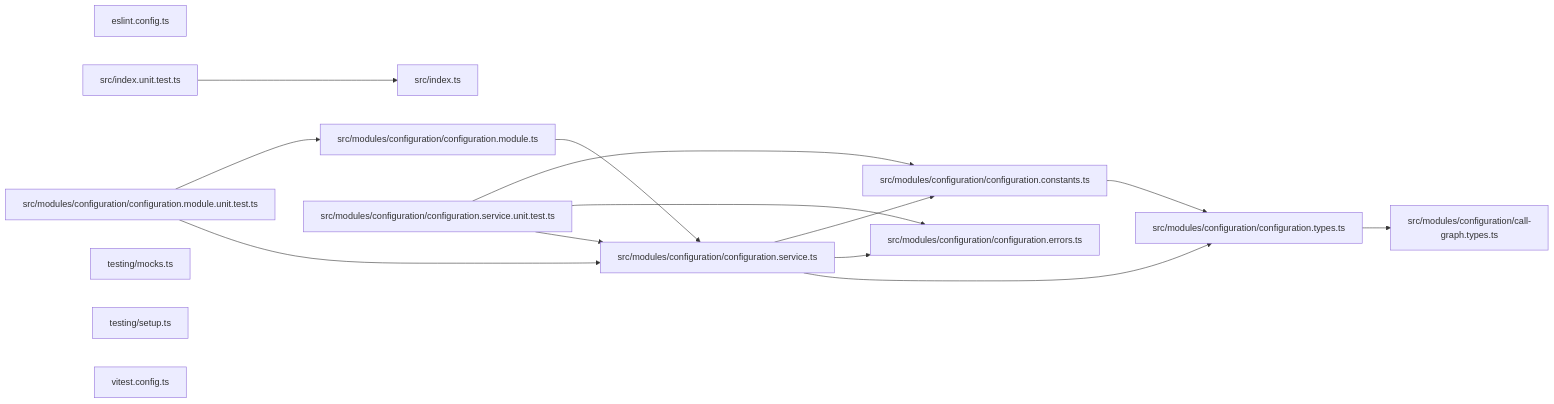
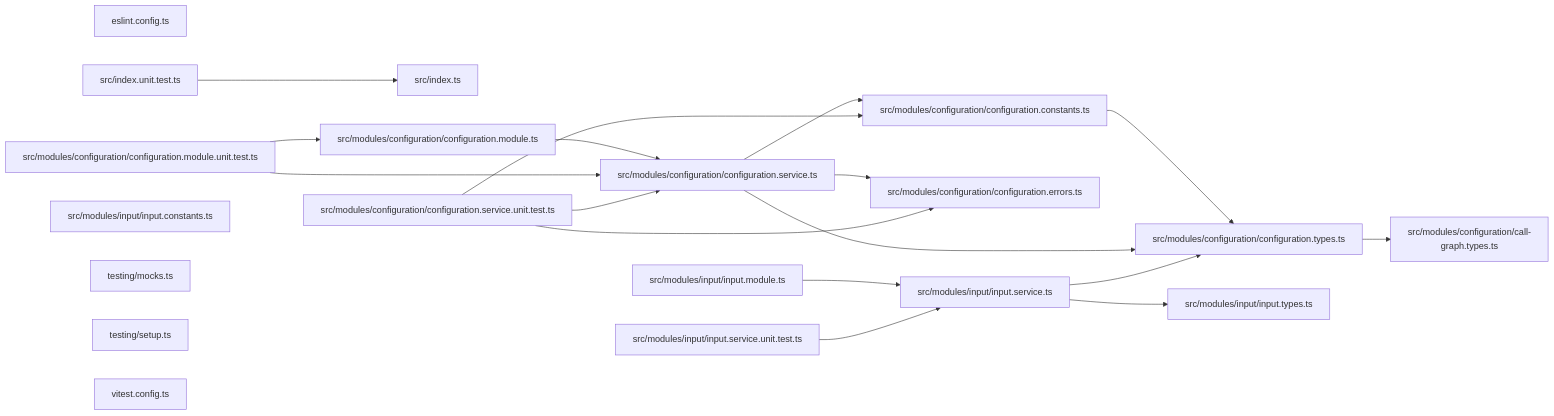
One commit to JimmyPaolini/codebase changed the third of 3 diagrams in packages/callidescope-configuration/README.md. Above: the diagram before and after it, drawn with Mermaid. The commit also changed other lines of this file and 43 other files, not shown here.

````diff
--- a/packages/callidescope-configuration/README.md
+++ b/packages/callidescope-configuration/README.md
@@ -234,29 +237,38 @@
 ```mermaid
 graph LR
   file_eslint_config_ts["eslint.config.ts"]
   file_src_index_ts["src/index.ts"]
   file_src_index_unit_test_ts["src/index.unit.test.ts"]
   file_src_modules_configuration_call_graph_types_ts["src/modules/configuration/call-graph.types.ts"]
   file_src_modules_configuration_configuration_constants_ts["src/modules/configuration/configuration.constants.ts"]
   file_src_modules_configuration_configuration_errors_ts["src/modules/configuration/configuration.errors.ts"]
   file_src_modules_configuration_configuration_module_ts["src/modules/configuration/configuration.module.ts"]
   file_src_modules_configuration_configuration_module_unit_test_ts["src/modules/configuration/configuration.module.unit.test.ts"]
   file_src_modules_configuration_configuration_service_ts["src/modules/configuration/configuration.service.ts"]
   file_src_modules_configuration_configuration_service_unit_test_ts["src/modules/configuration/configuration.service.unit.test.ts"]
   file_src_modules_configuration_configuration_types_ts["src/modules/configuration/configuration.types.ts"]
+  file_src_modules_input_input_constants_ts["src/modules/input/input.constants.ts"]
+  file_src_modules_input_input_module_ts["src/modules/input/input.module.ts"]
+  file_src_modules_input_input_service_ts["src/modules/input/input.service.ts"]
+  file_src_modules_input_input_service_unit_test_ts["src/modules/input/input.service.unit.test.ts"]
+  file_src_modules_input_input_types_ts["src/modules/input/input.types.ts"]
   file_testing_mocks_ts["testing/mocks.ts"]
   file_testing_setup_ts["testing/setup.ts"]
   file_vitest_config_ts["vitest.config.ts"]
   file_src_index_unit_test_ts --> file_src_index_ts
   file_src_modules_configuration_configuration_constants_ts --> file_src_modules_configuration_configuration_types_ts
   file_src_modules_configuration_configuration_module_ts --> file_src_modules_configuration_configuration_service_ts
   file_src_modules_configuration_configuration_module_unit_test_ts --> file_src_modules_configuration_configuration_module_ts
   file_src_modules_configuration_configuration_module_unit_test_ts --> file_src_modules_configuration_configuration_service_ts
   file_src_modules_configuration_configuration_service_ts --> file_src_modules_configuration_configuration_constants_ts
   file_src_modules_configuration_configuration_service_ts --> file_src_modules_configuration_configuration_errors_ts
   file_src_modules_configuration_configuration_service_ts --> file_src_modules_configuration_configuration_types_ts
   file_src_modules_configuration_configuration_service_unit_test_ts --> file_src_modules_configuration_configuration_constants_ts
   file_src_modules_configuration_configuration_service_unit_test_ts --> file_src_modules_configuration_configuration_errors_ts
   file_src_modules_configuration_configuration_service_unit_test_ts --> file_src_modules_configuration_configuration_service_ts
   file_src_modules_configuration_configuration_types_ts --> file_src_modules_configuration_call_graph_types_ts
+  file_src_modules_input_input_module_ts --> file_src_modules_input_input_service_ts
+  file_src_modules_input_input_service_ts --> file_src_modules_configuration_configuration_types_ts
+  file_src_modules_input_input_service_ts --> file_src_modules_input_input_types_ts
+  file_src_modules_input_input_service_unit_test_ts --> file_src_modules_input_input_service_ts
 ```
````
